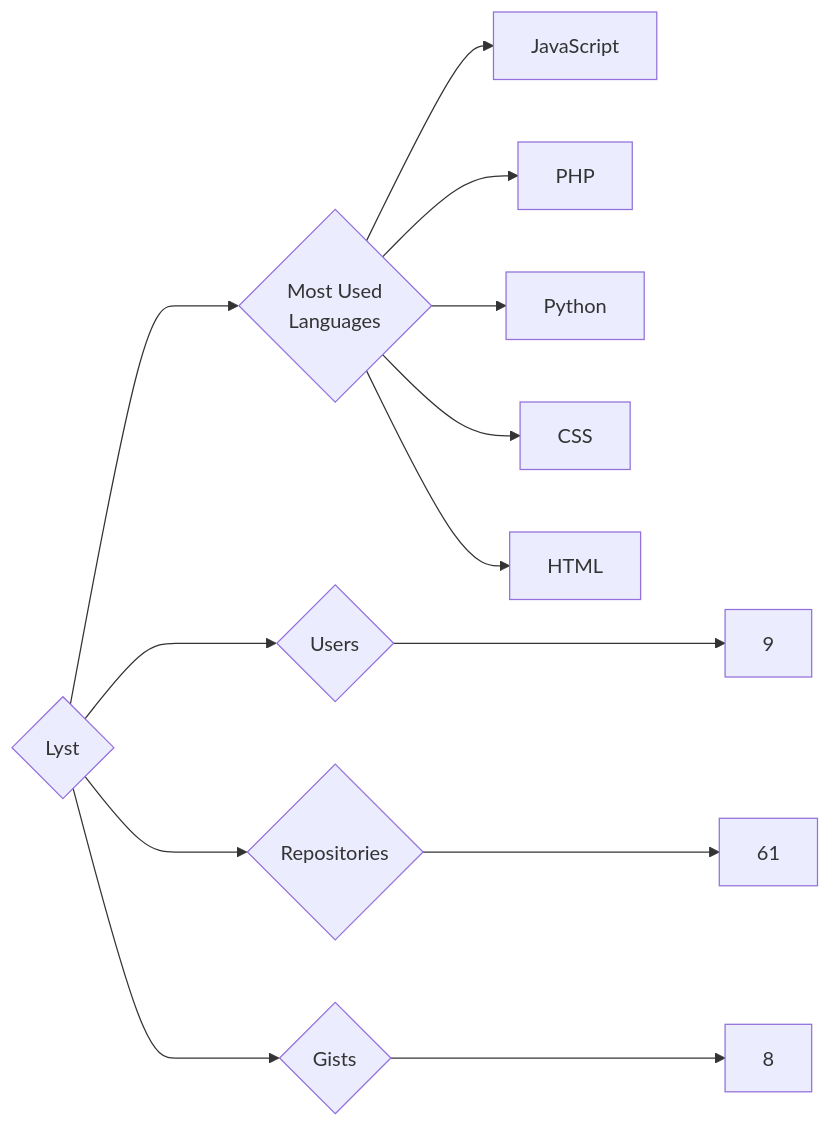
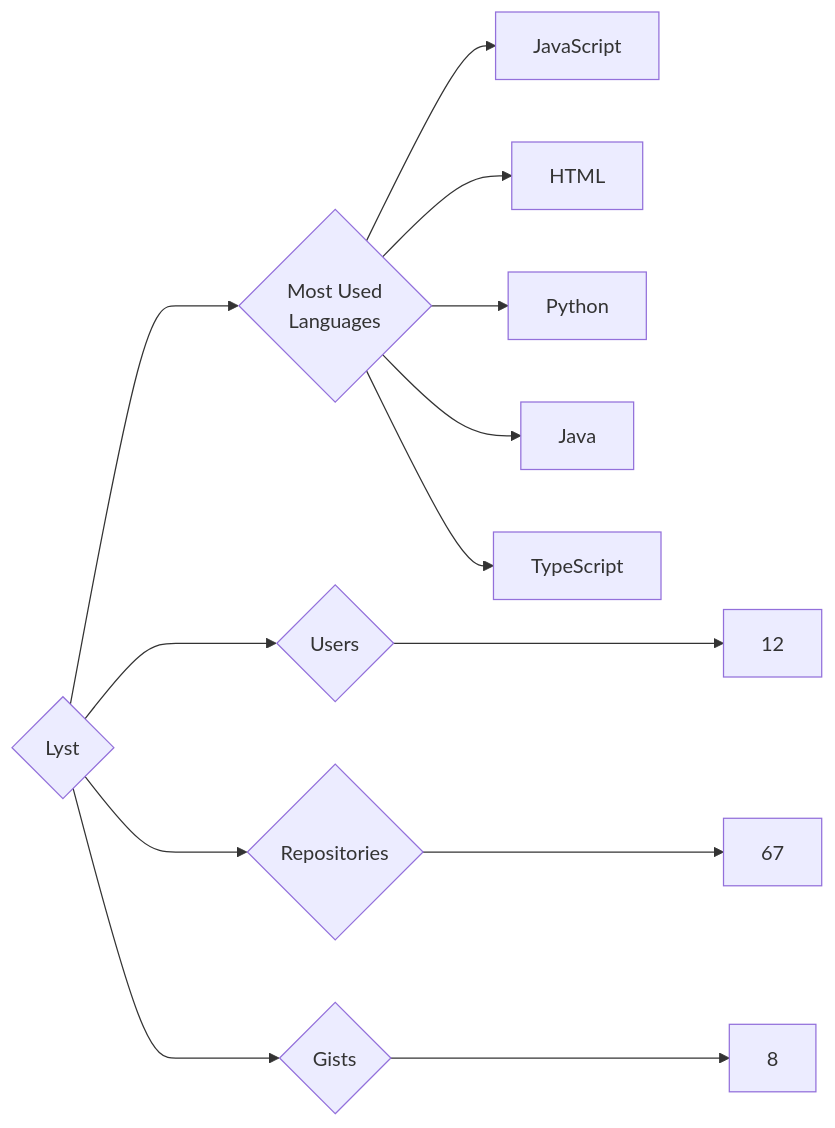
One commit to trickest/insiders changed the diagram in targets/Lyst/README.md. Above: the diagram before and after it, drawn with Mermaid. The commit also changed 899 other files, not shown here.

````diff
--- a/targets/Lyst/README.md
+++ b/targets/Lyst/README.md
@@ -3,13 +3,13 @@
 ```mermaid
 graph LR
 COMPANY_NAME{Lyst}
-COMPANY_NAME ---> U{Users} ---> UN[9]
-COMPANY_NAME ---> R{Repositories} ---> RN[61]
+COMPANY_NAME ---> U{Users} ---> UN[12]
+COMPANY_NAME ---> R{Repositories} ---> RN[67]
 COMPANY_NAME ---> G{Gists} ---> GN[8]
 COMPANY_NAME ---> ML{Most Used<br>Languages}
 ML --> JavaScript[JavaScript]
-ML --> PHP[PHP]
+ML --> HTML[HTML]
 ML --> Python[Python]
-ML --> CSS[CSS]
-ML --> HTML[HTML]
+ML --> Java[Java]
+ML --> TypeScript[TypeScript]
 ```
````
